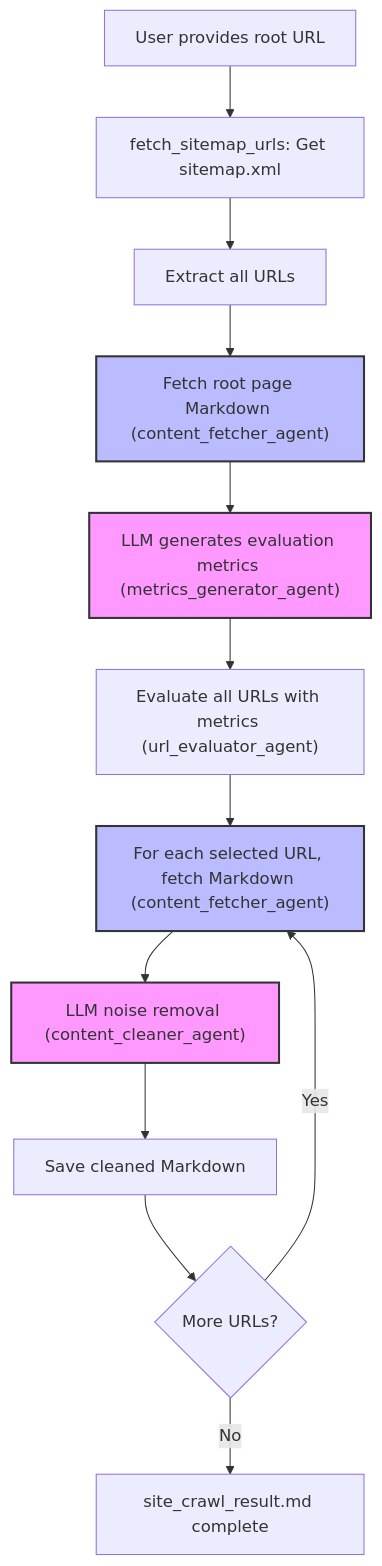
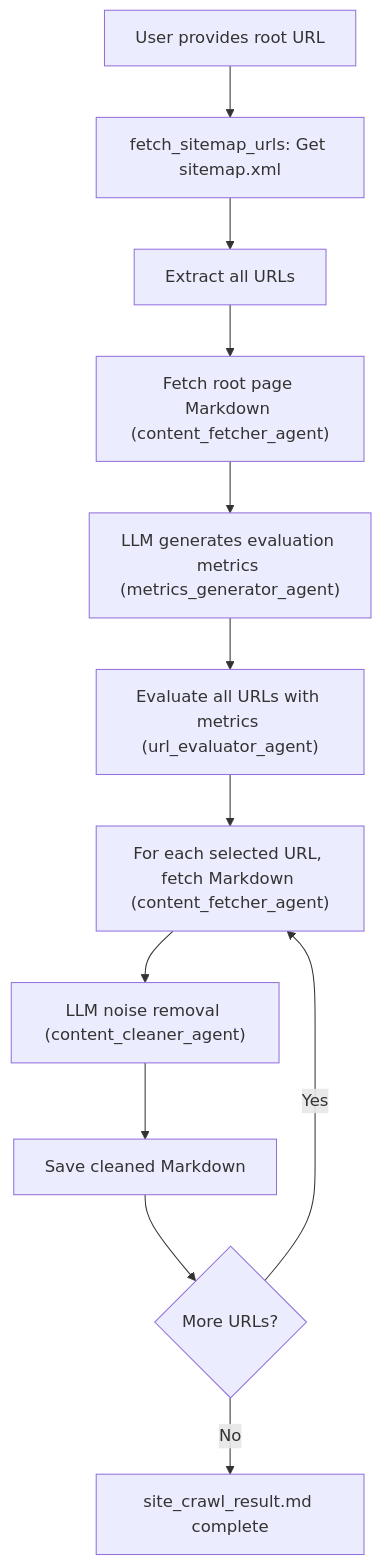
Before and after one commit to thukabjj/Agentic-web-scraper: the diagram in README.md, drawn with Mermaid. The commit also changed 3 other files, not shown here.

````diff
--- a/README.md
+++ b/README.md
@@ -54,18 +54,14 @@
 ```mermaid
 flowchart TD
     A["User provides root URL"] --> B["fetch_sitemap_urls: Get sitemap.xml"]
     B --> C["Extract all URLs"]
     C --> D["Fetch root page Markdown (content_fetcher_agent)"]
     D --> E["LLM generates evaluation metrics (metrics_generator_agent)"]
     E --> F["Evaluate all URLs with metrics (url_evaluator_agent)"]
     F --> G["For each selected URL, fetch Markdown (content_fetcher_agent)"]
     G --> H["LLM noise removal (content_cleaner_agent)"]
     H --> I["Save cleaned Markdown"]
     I --> J{"More URLs?"}
     J -- "Yes" --> G
     J -- "No" --> K["site_crawl_result.md complete"]
-    style E fill:#f9f,stroke:#333,stroke-width:2px
-    style H fill:#f9f,stroke:#333,stroke-width:2px
-    style G fill:#bbf,stroke:#333,stroke-width:2px
-    style D fill:#bbf,stroke:#333,stroke-width:2px
 ```
````
